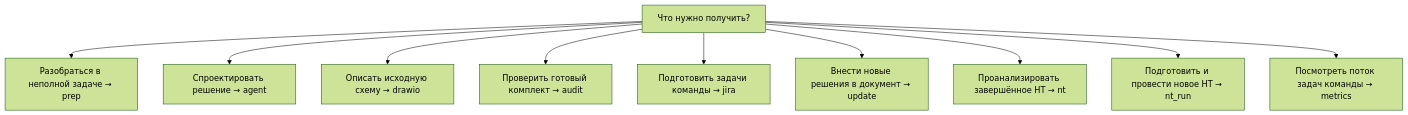
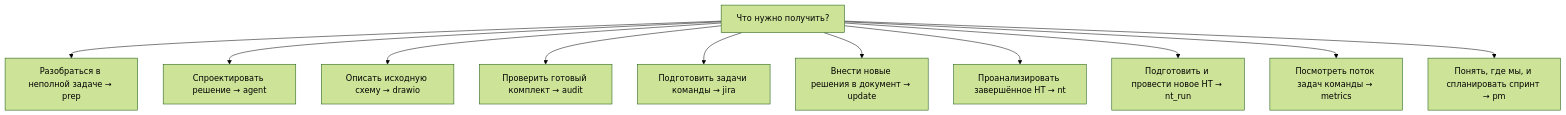
Before and after one commit to IST0VE/orbita-agent: the first of 2 diagrams in docs/WORKFLOWS.md, drawn with Mermaid (forest theme). The commit also changed other lines of this file and 26 other files, not shown here.

````diff
--- a/docs/WORKFLOWS.md
+++ b/docs/WORKFLOWS.md
@@ -9,12 +9,13 @@
 ```mermaid
 flowchart TD
     A["Что нужно получить?"] --> B["Разобраться в неполной задаче → prep"]
     A --> C["Спроектировать решение → agent"]
     A --> D["Описать исходную схему → drawio"]
     A --> E["Проверить готовый комплект → audit"]
     A --> F["Подготовить задачи команды → jira"]
     A --> G["Внести новые решения в документ → update"]
     A --> H["Проанализировать завершённое НТ → nt"]
     A --> I["Подготовить и провести новое НТ → nt_run"]
     A --> J["Посмотреть поток задач команды → metrics"]
+    A --> K["Понять, где мы, и спланировать спринт → pm"]
 ```
````
